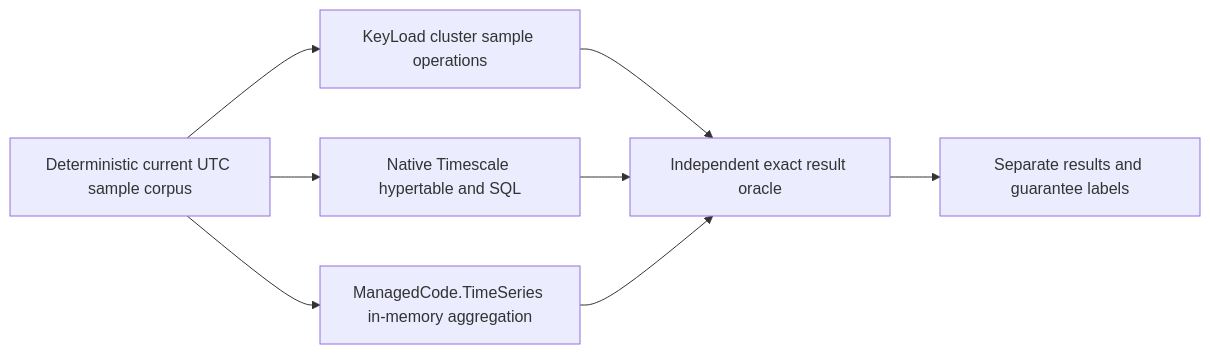
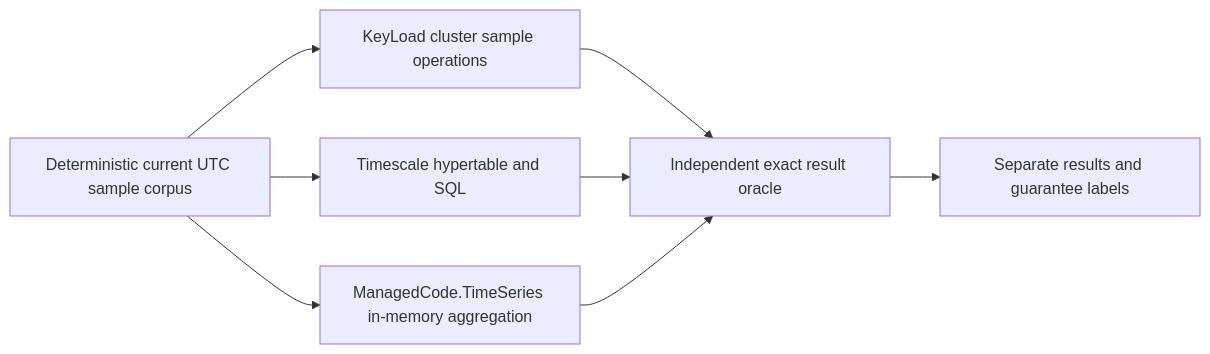
One commit to managedcode/KeyLoad changed the diagram in docs/ADR/ADR-050-timeseries-timescale-comparison.md. Above: the diagram before and after it, drawn with Mermaid. The commit also changed other lines of this file and 9016 other files, not shown here.

````diff
--- a/docs/ADR/ADR-050-timeseries-timescale-comparison.md
+++ b/docs/ADR/ADR-050-timeseries-timescale-comparison.md
@@ -12,10 +12,10 @@
 ```mermaid
 flowchart LR
     Corpus[Deterministic current UTC sample corpus] --> KeyLoad[KeyLoad cluster sample operations]
-    Corpus --> Timescale[Native Timescale hypertable and SQL]
+    Corpus --> Timescale[Timescale hypertable and SQL]
     Corpus --> Library[ManagedCode.TimeSeries in-memory aggregation]
     KeyLoad --> Oracle[Independent exact result oracle]
     Timescale --> Oracle
     Library --> Oracle
     Oracle --> Report[Separate results and guarantee labels]
 ```
````
